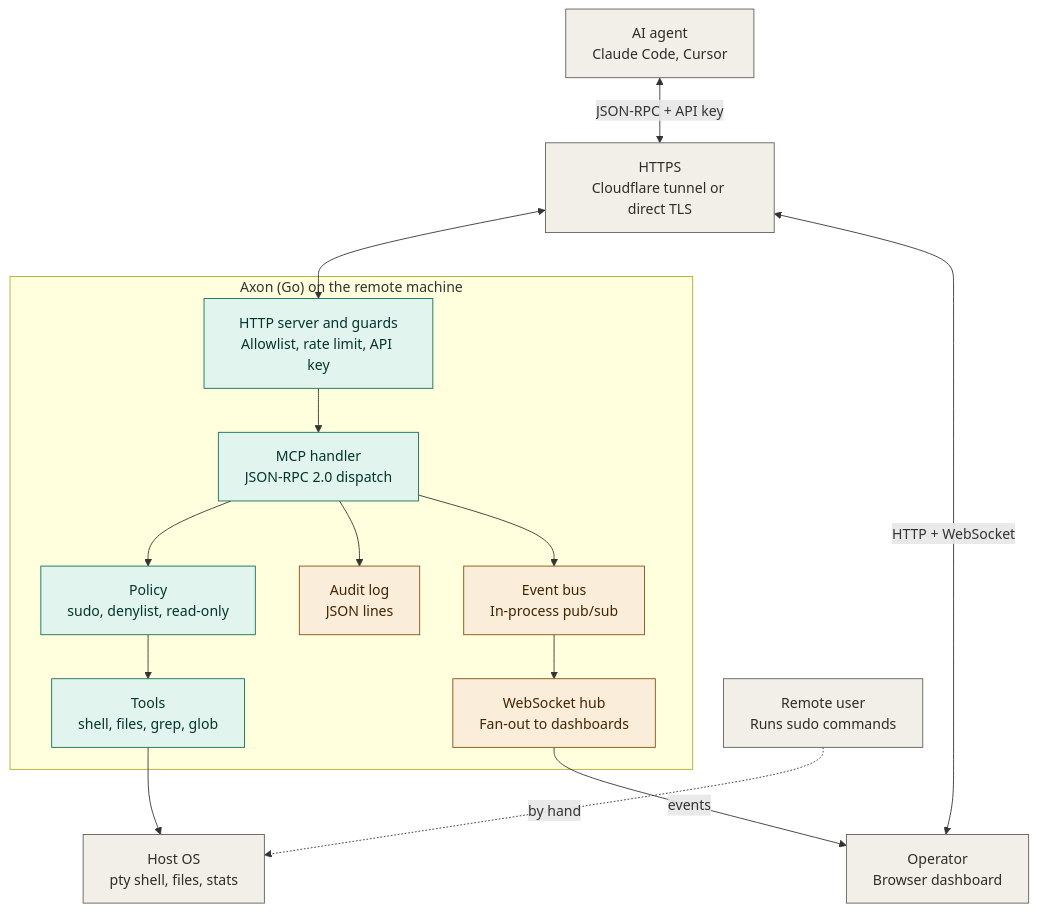
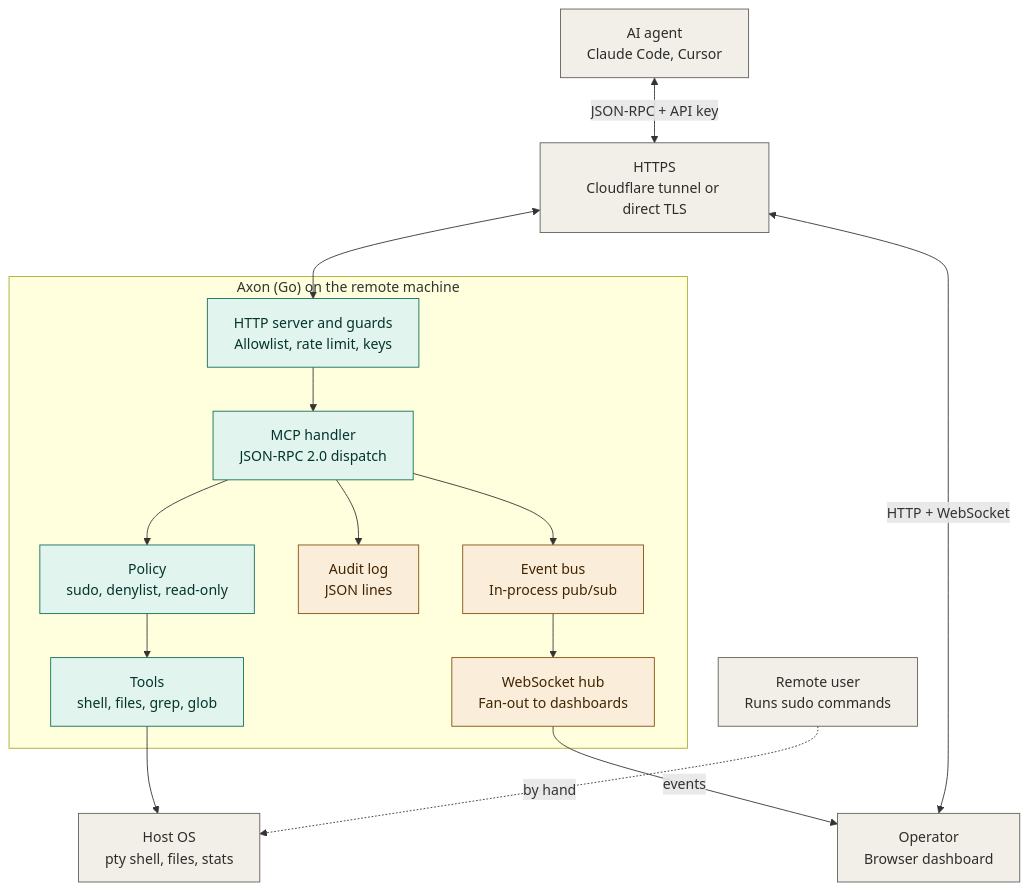
The first of 2 diagrams in ARCHITECTURE.md (chrisvoo/axon), drawn with Mermaid before and after one commit. The commit also changed 3 other files, not shown here.

````diff
--- a/ARCHITECTURE.md
+++ b/ARCHITECTURE.md
@@ -32,35 +32,35 @@
 ```mermaid
 flowchart TB
     agent["AI agent<br/>Claude Code, Cursor"]
     operator["Operator<br/>Browser dashboard"]
     transport["HTTPS<br/>Cloudflare tunnel or direct TLS"]
 
     subgraph axon["Axon (Go) on the remote machine"]
-        http["HTTP server and guards<br/>Allowlist, rate limit, API key"]
+        http["HTTP server and guards<br/>Allowlist, rate limit, keys"]
         mcp["MCP handler<br/>JSON-RPC 2.0 dispatch"]
         policy["Policy<br/>sudo, denylist, read-only"]
         tools["Tools<br/>shell, files, grep, glob"]
         audit["Audit log<br/>JSON lines"]
         bus["Event bus<br/>In-process pub/sub"]
         hub["WebSocket hub<br/>Fan-out to dashboards"]
     end
 
     os["Host OS<br/>pty shell, files, stats"]
     remote["Remote user<br/>Runs sudo commands"]
 
     agent <-->|"JSON-RPC + API key"| transport
     operator <-->|"HTTP + WebSocket"| transport
     transport <--> http
     http --> mcp --> policy --> tools --> os
     mcp --> audit
     mcp --> bus --> hub
     hub -->|"events"| operator
     remote -.->|"by hand"| os
 
     classDef req fill:#E1F5EE,stroke:#0F6E56,color:#04342C
     classDef evt fill:#FAEEDA,stroke:#854F0B,color:#412402
     classDef ext fill:#F1EFE8,stroke:#5F5E5A,color:#2C2C2A
     class http,mcp,policy,tools req
     class audit,bus,hub evt
     class agent,operator,transport,os,remote ext
 ```
````
